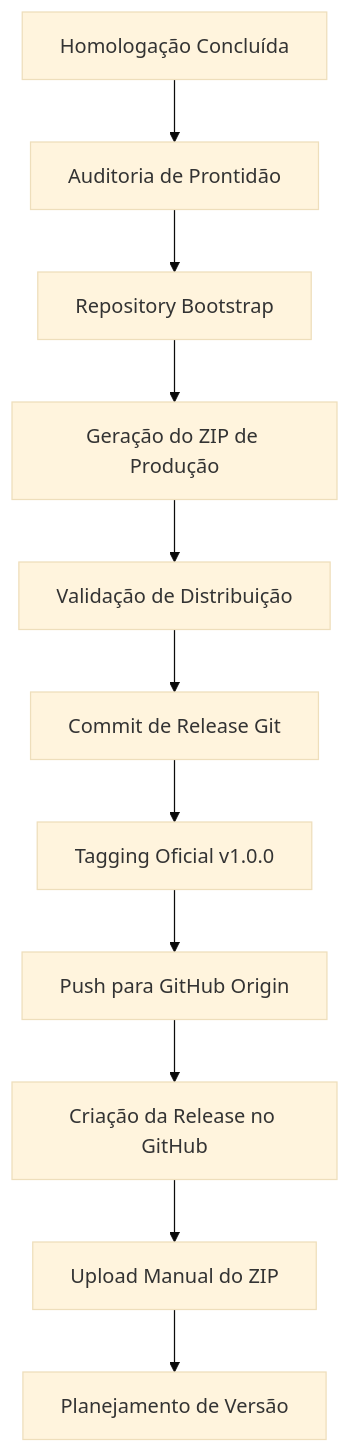
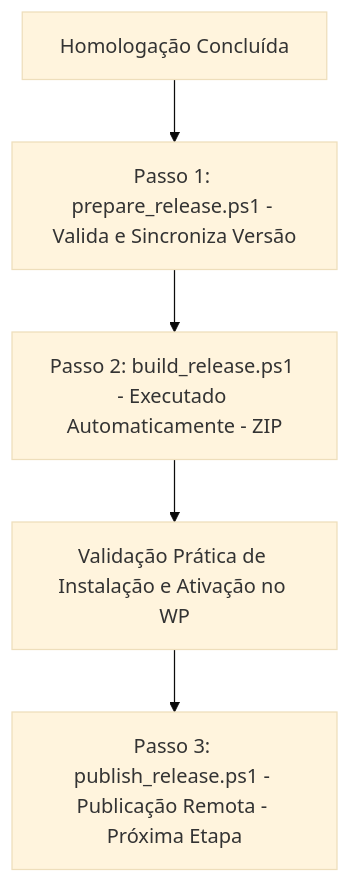
The diagram in docs/releases/RELEASE_PROCESS.md (tdvieira/gerador_posts), drawn with Mermaid (base theme) before and after one commit. The commit also changed other lines of this file and 9 other files, not shown here.

````diff
--- a/docs/releases/RELEASE_PROCESS.md
+++ b/docs/releases/RELEASE_PROCESS.md
@@ -23,13 +23,7 @@
 ```mermaid
 graph TD
-    A[Homologação Concluída] --> B[Auditoria de Prontidão]
-    B --> C[Repository Bootstrap]
-    C --> D[Geração do ZIP de Produção]
-    D --> E[Validação de Distribuição]
-    E --> F[Commit de Release Git]
-    F --> G[Tagging Oficial v1.0.0]
-    G --> H[Push para GitHub Origin]
-    H --> I[Criação da Release no GitHub]
-    I --> J[Upload Manual do ZIP]
-    J --> K[Planejamento de Versão]
+    A[Homologação Concluída] --> B[Passo 1: prepare_release.ps1 - Valida e Sincroniza Versão]
+    B --> C[Passo 2: build_release.ps1 - Executado Automaticamente - ZIP]
+    C --> D[Validação Prática de Instalação e Ativação no WP]
+    D --> E[Passo 3: publish_release.ps1 - Publicação Remota - Próxima Etapa]
 ```
````
